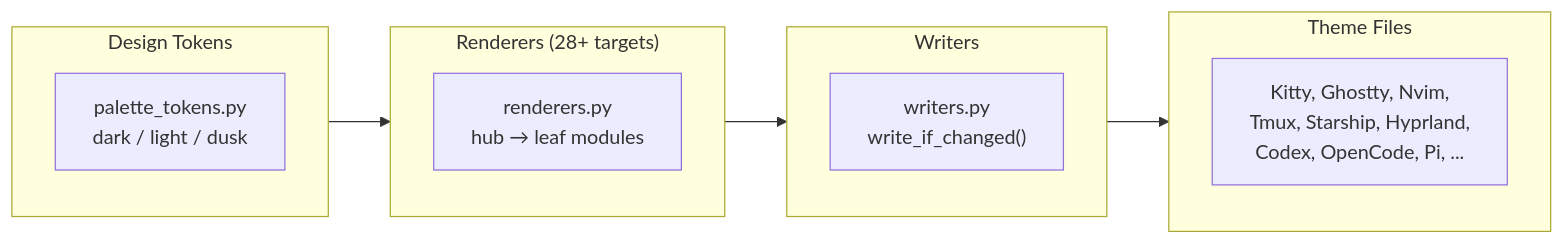
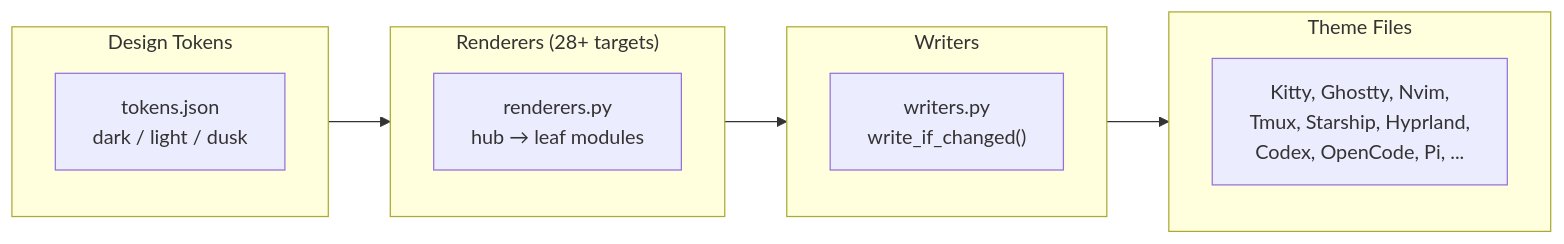
One commit to Albert-fer02/Dreamcoder_dots changed the diagram in README.md. Above: the diagram before and after it, drawn with Mermaid. The commit also changed other lines of this file and 11 other files, not shown here.

````diff
--- a/README.md
+++ b/README.md
@@ -283,16 +141,16 @@
 ```mermaid
 flowchart LR
     subgraph Tokens["Design Tokens"]
-        PT["palette_tokens.py<br/>dark / light / dusk"]
+        PT["tokens.json<br/>dark / light / dusk"]
     end
     subgraph Render["Renderers (28+ targets)"]
         R["renderers.py<br/>hub → leaf modules"]
     end
     subgraph Write["Writers"]
         W["writers.py<br/>write_if_changed()"]
     end
     subgraph Output["Theme Files"]
         O["Kitty, Ghostty, Nvim,<br/>Tmux, Starship, Hyprland,<br/>Codex, OpenCode, Pi, ..."]
     end
     Tokens --> Render --> Write --> Output
 ```
````
